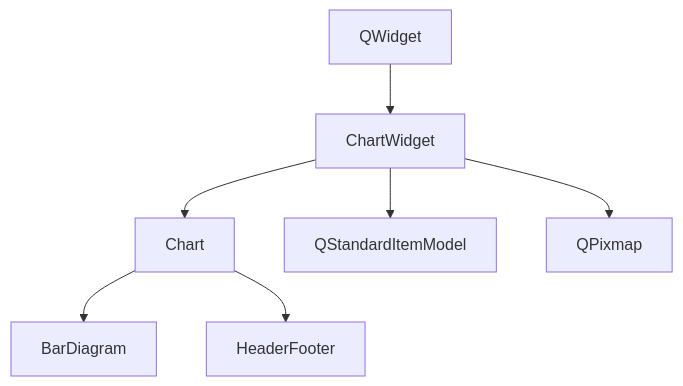
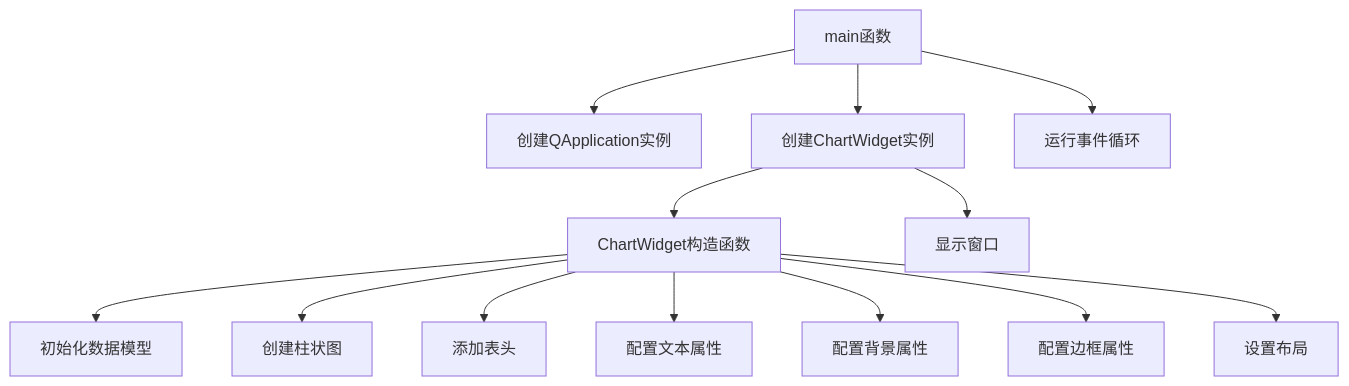
Before and after one commit to cheng25/KDChart: the second of 2 diagrams in examples/Background/README.md, drawn with Mermaid. The commit also changed other lines of this file and 26 other files, not shown here.

````diff
--- a/examples/Background/README.md
+++ b/examples/Background/README.md
@@ -41,9 +56,15 @@
 ```mermaid
 graph TD
-    A[QWidget] --> B[ChartWidget]
-    B --> C[Chart]
-    B --> D[QStandardItemModel]
-    B --> E[QPixmap]
-    C --> F[BarDiagram]
-    C --> G[HeaderFooter]
+    A[main函数] --> B[创建QApplication实例]
+    A --> C[创建ChartWidget实例]
+    C --> D[ChartWidget构造函数]
+    D --> E[初始化数据模型]
+    D --> F[创建柱状图]
+    D --> G[添加表头]
+    D --> H[配置文本属性]
+    D --> I[配置背景属性]
+    D --> J[配置边框属性]
+    D --> K[设置布局]
+    C --> L[显示窗口]
+    A --> M[运行事件循环]
 ```
````
